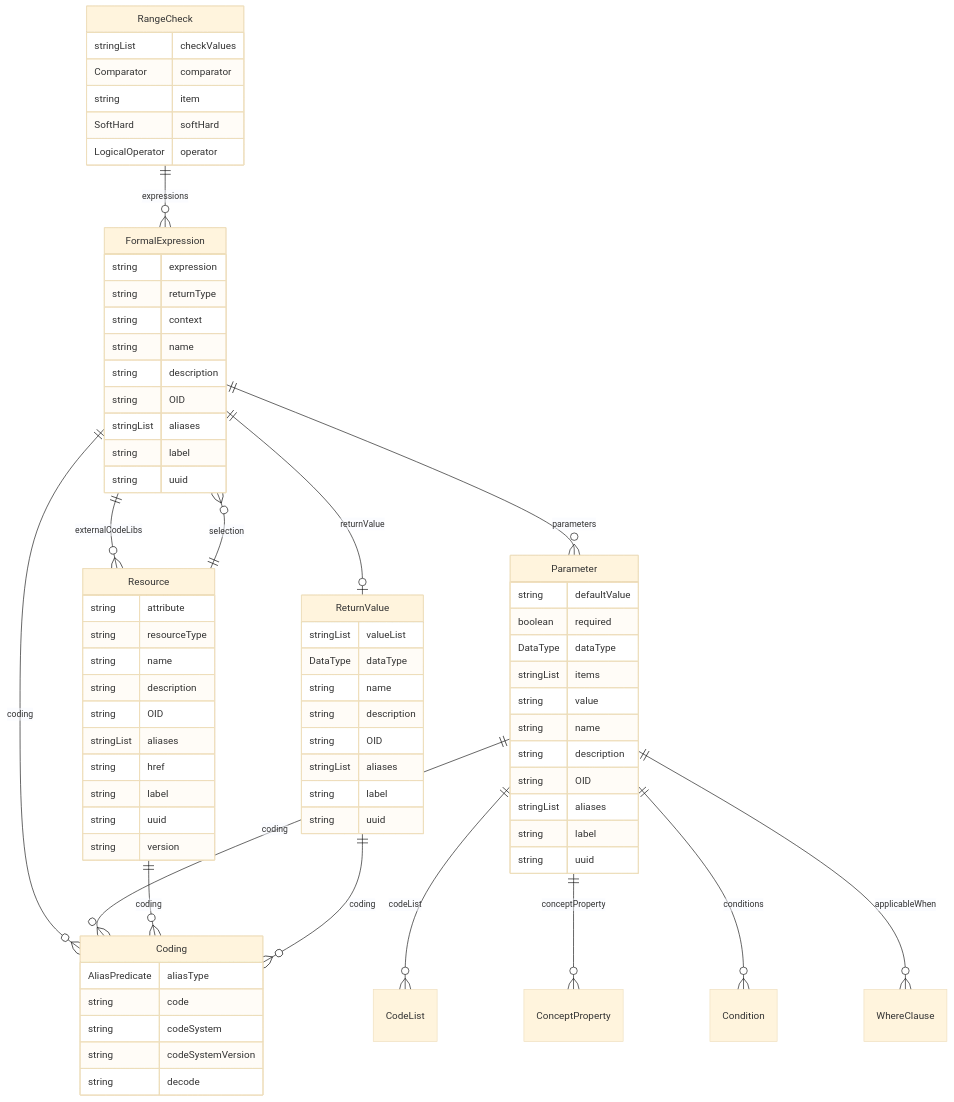
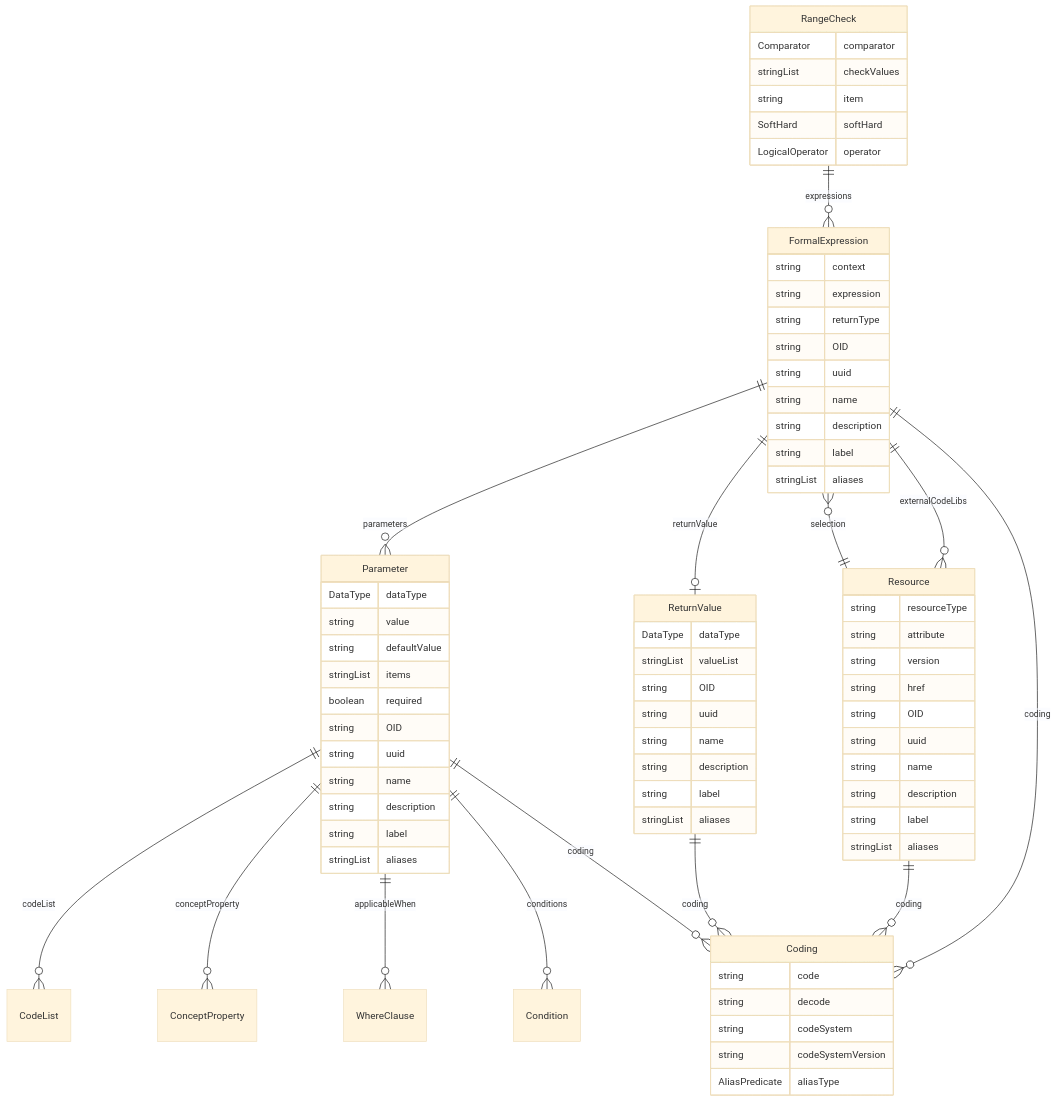
The diagram in docs/classes/RangeCheck.md (cdisc-org/DataExchange-DDS), drawn with Mermaid (base theme) before and after one commit. The commit also changed other lines of this file and 313 other files, not shown here.

````diff
--- a/docs/classes/RangeCheck.md
+++ b/docs/classes/RangeCheck.md
@@ -20,78 +15,78 @@
 ```mermaid
 erDiagram
-Coding {
-    AliasPredicate aliasType  
-    string code  
-    string codeSystem  
-    string codeSystemVersion  
-    string decode  
-}
-FormalExpression {
-    string expression  
-    string returnType  
-    string context  
-    string name  
-    string description  
-    string OID  
-    stringList aliases  
-    string label  
-    string uuid  
-}
-Parameter {
-    string defaultValue  
-    boolean required  
-    DataType dataType  
-    stringList items  
-    string value  
-    string name  
-    string description  
-    string OID  
-    stringList aliases  
-    string label  
-    string uuid  
-}
 RangeCheck {
+    Comparator comparator  
     stringList checkValues  
-    Comparator comparator  
     string item  
     SoftHard softHard  
     LogicalOperator operator  
 }
-Resource {
-    string attribute  
-    string resourceType  
+FormalExpression {
+    string context  
+    string expression  
+    string returnType  
+    string OID  
+    string uuid  
     string name  
     string description  
+    string label  
+    stringList aliases  
+}
+Coding {
+    string code  
+    string decode  
+    string codeSystem  
+    string codeSystemVersion  
+    AliasPredicate aliasType  
+}
+Resource {
+    string resourceType  
+    string attribute  
+    string version  
+    string href  
     string OID  
+    string uuid  
+    string name  
+    string description  
+    string label  
     stringList aliases  
-    string href  
-    string label  
-    string uuid  
-    string version  
 }
 ReturnValue {
+    DataType dataType  
     stringList valueList  
-    DataType dataType  
+    string OID  
+    string uuid  
     string name  
     string description  
+    string label  
+    stringList aliases  
+}
+Parameter {
+    DataType dataType  
+    string value  
+    string defaultValue  
+    stringList items  
+    boolean required  
     string OID  
+    string uuid  
+    string name  
+    string description  
+    string label  
     stringList aliases  
-    string label  
-    string uuid  
 }
 
+RangeCheck ||--}o FormalExpression : "expressions"
+FormalExpression ||--}o Parameter : "parameters"
 FormalExpression ||--|o ReturnValue : "returnValue"
+FormalExpression ||--}o Resource : "externalCodeLibs"
 FormalExpression ||--}o Coding : "coding"
-FormalExpression ||--}o Parameter : "parameters"
-FormalExpression ||--}o Resource : "externalCodeLibs"
+Resource ||--}o FormalExpression : "selection"
+Resource ||--}o Coding : "coding"
+ReturnValue ||--}o Coding : "coding"
 Parameter ||--}o CodeList : "codeList"
+Parameter ||--}o ConceptProperty : "conceptProperty"
+Parameter ||--}o WhereClause : "applicableWhen"
+Parameter ||--}o Condition : "conditions"
 Parameter ||--}o Coding : "coding"
-Parameter ||--}o ConceptProperty : "conceptProperty"
-Parameter ||--}o Condition : "conditions"
-Parameter ||--}o WhereClause : "applicableWhen"
-RangeCheck ||--}o FormalExpression : "expressions"
-Resource ||--}o Coding : "coding"
-Resource ||--}o FormalExpression : "selection"
-ReturnValue ||--}o Coding : "coding"
 
 ```
````
